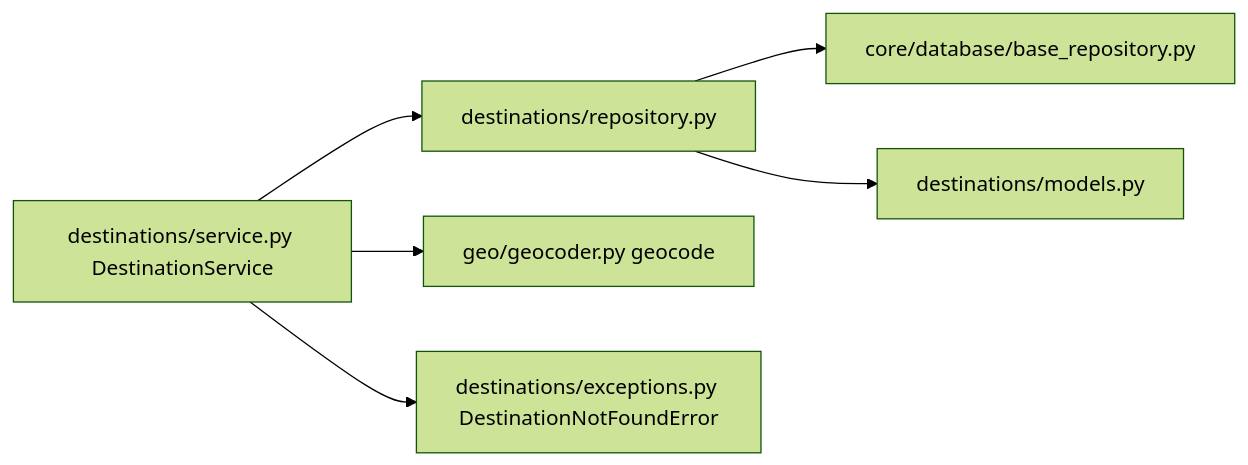
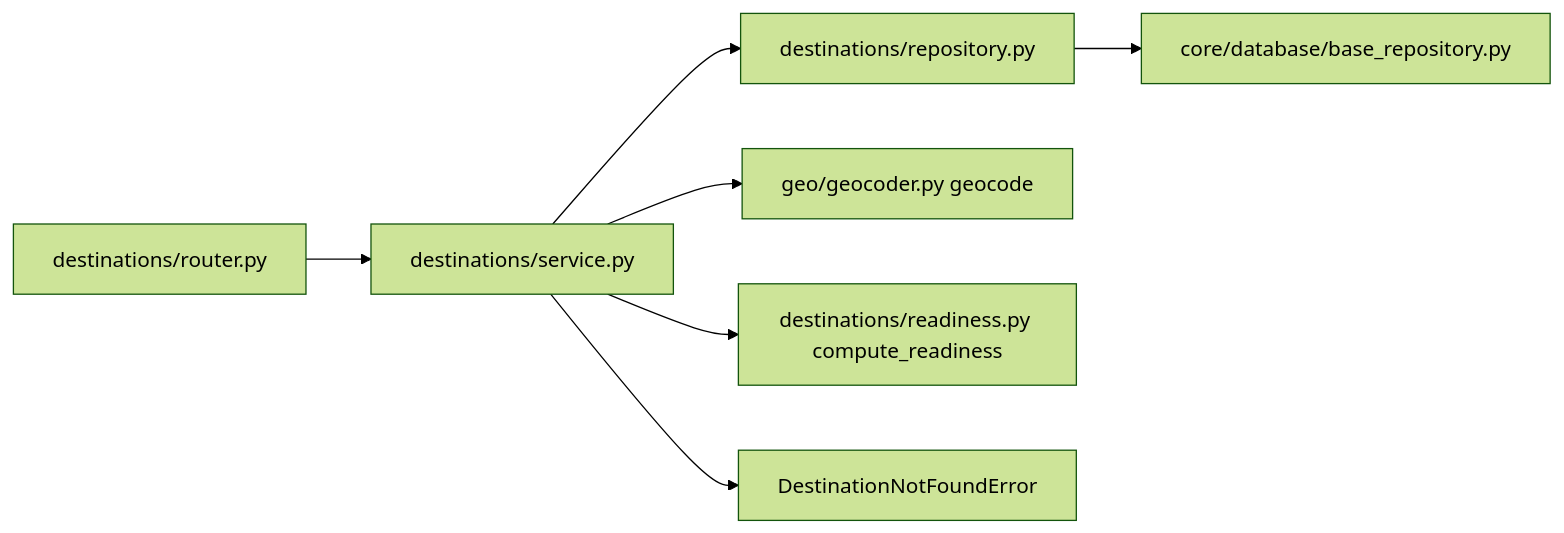
One commit to RudraPramanik/agentic-guide-system changed the fifth of 6 diagrams in docs/manual/04-imports-and-wiring.md. Above: the diagram before and after it, drawn with Mermaid (forest theme). The commit also changed other lines of this file and 58 other files, not shown here.

````diff
--- a/docs/manual/04-imports-and-wiring.md
+++ b/docs/manual/04-imports-and-wiring.md
@@ -124,8 +125,9 @@
 ```mermaid
 flowchart LR
-  S[destinations/service.py DestinationService] --> R[destinations/repository.py]
+  R[destinations/router.py] --> S[destinations/service.py]
+  S --> REP[destinations/repository.py]
   S --> G[geo/geocoder.py geocode]
-  S --> EX[destinations/exceptions.py DestinationNotFoundError]
-  R --> BR[core/database/base_repository.py]
-  R --> DM[destinations/models.py]
+  S --> RD[destinations/readiness.py compute_readiness]
+  S --> EX[DestinationNotFoundError]
+  REP --> BR[core/database/base_repository.py]
 ```
````
